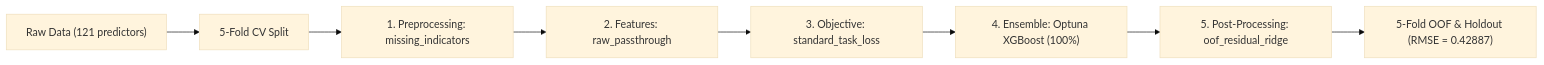
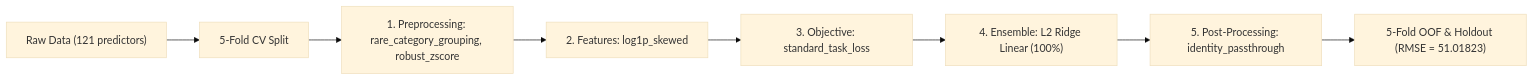
One commit to stefanoclss/UM-Game-Playing-Strength-of-MCTS-Variants changed the diagram in README.md. Above: the diagram before and after it, drawn with Mermaid (base theme). The commit also changed other lines of this file, not shown here.

First line of the commit message:
docs(readme): refresh verified OOF benchmark & build ledger (RMSE=51.01823)

````diff
--- a/README.md
+++ b/README.md
@@ -77,10 +69,10 @@
 ```mermaid
 flowchart LR
     DATA["Raw Data (121 predictors)"] --> SPLIT["5-Fold CV Split"]
-    SPLIT --> PRE["1. Preprocessing: missing_indicators"]
-    PRE --> FEAT["2. Features: raw_passthrough"]
+    SPLIT --> PRE["1. Preprocessing: rare_category_grouping, robust_zscore"]
+    PRE --> FEAT["2. Features: log1p_skewed"]
     FEAT --> OBJ["3. Objective: standard_task_loss"]
-    OBJ --> M0["4. Ensemble: Optuna XGBoost (100%)"]
-    M0 --> POST["5. Post-Processing: oof_residual_ridge"]
-    POST --> OUT["5-Fold OOF & Holdout (RMSE = 0.42887)"]
+    OBJ --> M0["4. Ensemble: L2 Ridge Linear (100%)"]
+    M0 --> POST["5. Post-Processing: identity_passthrough"]
+    POST --> OUT["5-Fold OOF & Holdout (RMSE = 51.01823)"]
 ```
````
